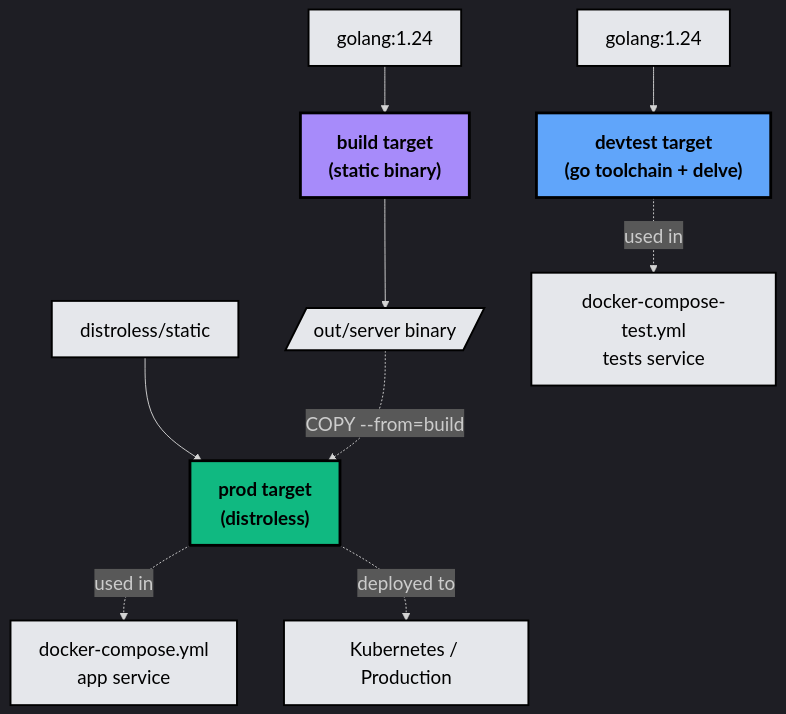
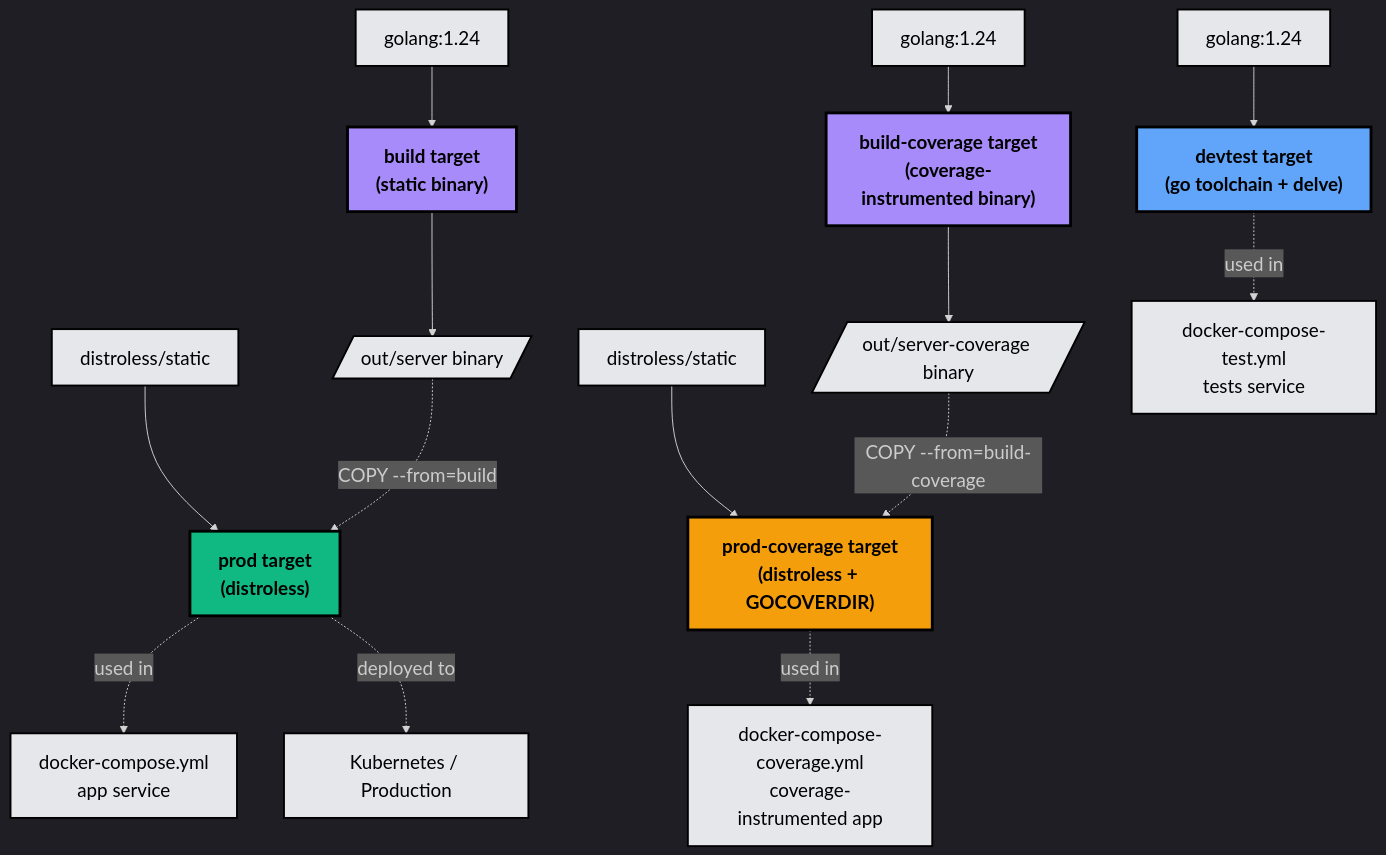
The third of 5 diagrams in docs/architecture.md (cazlo/go-outside-in-testing-strategy-example), drawn with Mermaid before and after one commit. The commit also changed other lines of this file and 4 other files, not shown here.

````diff
--- a/docs/architecture.md
+++ b/docs/architecture.md
@@ -76,26 +76,37 @@
 ```mermaid
 %%{init: {'theme': 'dark', 'themeVariables': { 'fontSize': '20px', 'fontFamily': 'arial'}}}%%
 flowchart TB
     Base1[golang:1.24] --> DevTest["devtest target<br/>(go toolchain + delve)"]
     Base2[golang:1.24] --> Build["build target<br/>(static binary)"]
+    Base3[golang:1.24] --> BuildCov["build-coverage target<br/>(coverage-instrumented binary)"]
     Build --> BinOut[/out/server binary/]
-    Base3[distroless/static] --> Prod["prod target<br/>(distroless)"]
+    BuildCov --> BinCov[/out/server-coverage binary/]
+    Base4[distroless/static] --> Prod["prod target<br/>(distroless)"]
+    Base5[distroless/static] --> ProdCov["prod-coverage target<br/>(distroless + GOCOVERDIR)"]
     BinOut -.->|COPY --from=build| Prod
+    BinCov -.->|COPY --from=build-coverage| ProdCov
     
     DevTest -.->|used in| ComposeTest[docker-compose-test.yml<br/>tests service]
     Prod -.->|used in| ComposeProd[docker-compose.yml<br/>app service]
+    ProdCov -.->|used in| ComposeCov[docker-compose-coverage.yml<br/>coverage-instrumented app]
     Prod -.->|deployed to| K8s[Kubernetes / Production]
     
     classDef default fill:#1F2937,stroke:#FFFFFF,stroke-width:2px,color:#FFFFFF
     
     style DevTest fill:#60A5FA,stroke:#000000,stroke-width:3px,color:#000000,font-weight:bold
     style Build fill:#A78BFA,stroke:#000000,stroke-width:3px,color:#000000,font-weight:bold
+    style BuildCov fill:#A78BFA,stroke:#000000,stroke-width:3px,color:#000000,font-weight:bold
     style Prod fill:#10B981,stroke:#000000,stroke-width:3px,color:#000000,font-weight:bold
+    style ProdCov fill:#F59E0B,stroke:#000000,stroke-width:3px,color:#000000,font-weight:bold
     style Base1 fill:#E5E7EB,stroke:#000000,stroke-width:2px,color:#000000
     style Base2 fill:#E5E7EB,stroke:#000000,stroke-width:2px,color:#000000
     style Base3 fill:#E5E7EB,stroke:#000000,stroke-width:2px,color:#000000
+    style Base4 fill:#E5E7EB,stroke:#000000,stroke-width:2px,color:#000000
+    style Base5 fill:#E5E7EB,stroke:#000000,stroke-width:2px,color:#000000
     style BinOut fill:#E5E7EB,stroke:#000000,stroke-width:2px,color:#000000
+    style BinCov fill:#E5E7EB,stroke:#000000,stroke-width:2px,color:#000000
     style ComposeTest fill:#E5E7EB,stroke:#000000,stroke-width:2px,color:#000000
     style ComposeProd fill:#E5E7EB,stroke:#000000,stroke-width:2px,color:#000000
+    style ComposeCov fill:#E5E7EB,stroke:#000000,stroke-width:2px,color:#000000
     style K8s fill:#E5E7EB,stroke:#000000,stroke-width:2px,color:#000000
 ```
````
